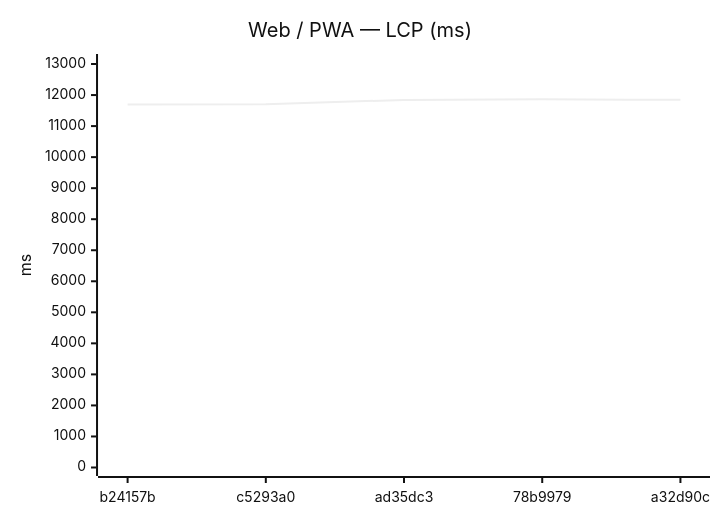
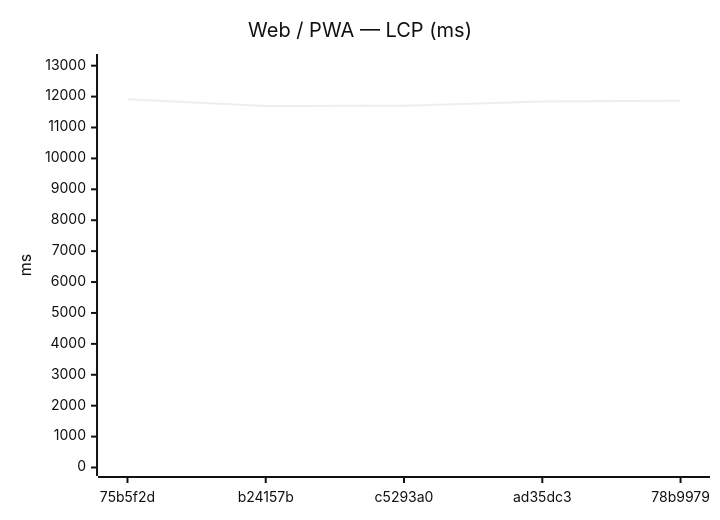
The ninth of 24 diagrams in benchmarks/compare.md (Metaheurist/Rianell), drawn with Mermaid (neutral theme) before and after one commit. The commit also changed other lines of this file and 14 other files, not shown here.

````diff
--- a/benchmarks/compare.md
+++ b/benchmarks/compare.md
@@ -144,7 +144,7 @@
 ```mermaid
 xychart-beta
     title "Web / PWA — LCP (ms)"
-    x-axis ["b24157b", "c5293a0", "ad35dc3", "78b9979", "a32d90c"]
-    y-axis "ms" 0 --> 13049
-    line [11695, 11707, 11844, 11862, 11845]
+    x-axis ["75b5f2d", "b24157b", "c5293a0", "ad35dc3", "78b9979"]
+    y-axis "ms" 0 --> 13103
+    line [11911, 11695, 11707, 11844, 11862]
 ```
````
